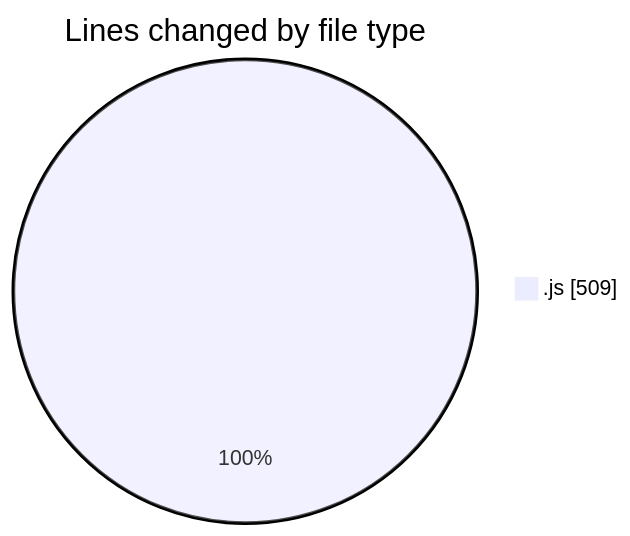
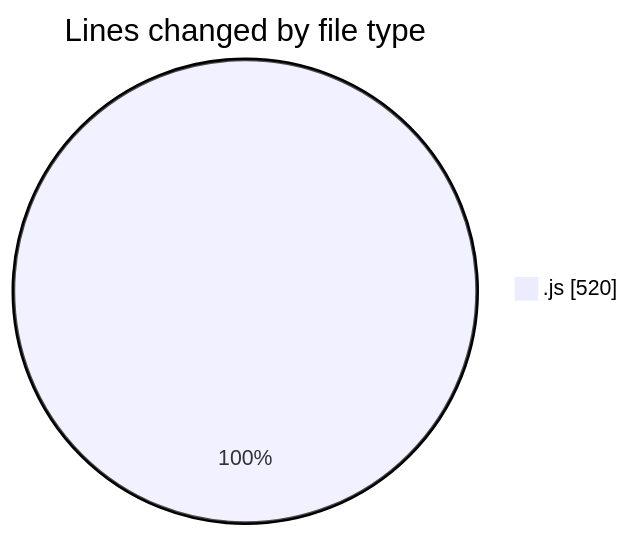
Before and after one commit to nxtqubesakshisongat/code-tracking: the first of 2 diagrams in 2025-04-16/nxtqube_webapp/README.md, drawn with Mermaid. The commit also changed other lines of this file and 1 other file, not shown here.

````diff
--- a/2025-04-16/nxtqube_webapp/README.md
+++ b/2025-04-16/nxtqube_webapp/README.md
@@ -21,5 +21,5 @@
 ```mermaid
 pie showData
 title Lines changed by file type
-".js" : 509
+".js" : 520
 ```
````
